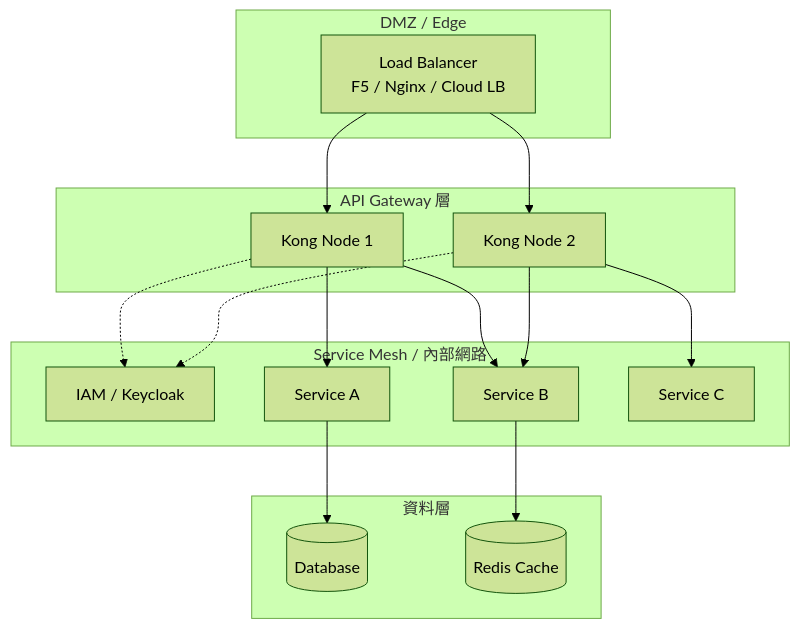
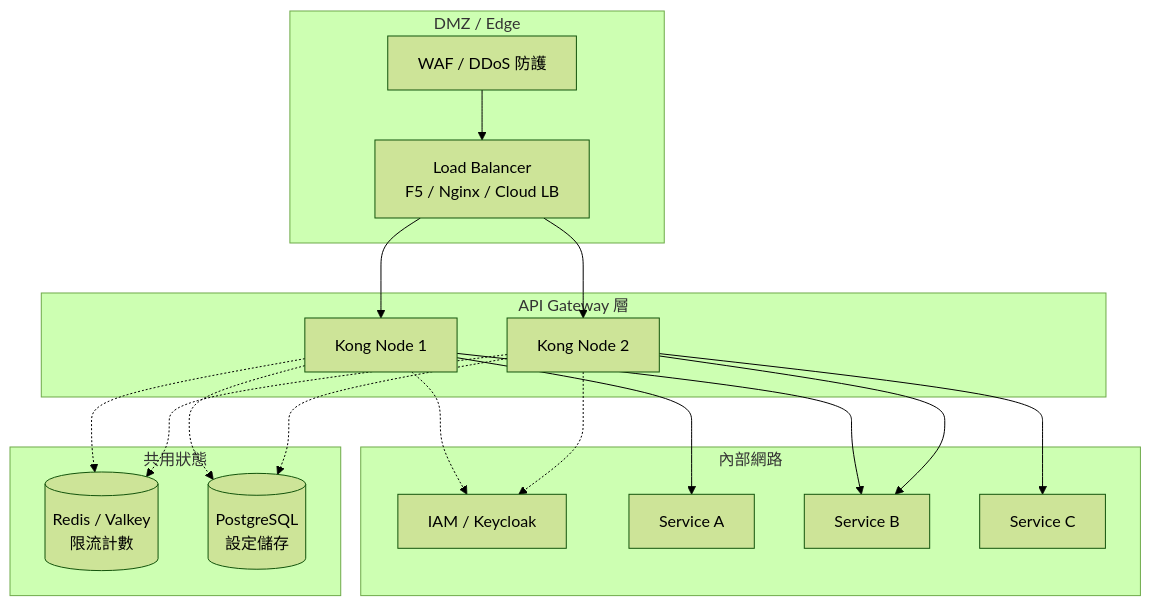
Before and after one commit to chihhung/Blog: the second of 22 diagrams in content/posts/教學/工具/Kong API Gateway教學手冊.md, drawn with Mermaid (forest theme). The commit also changed other lines of this file and 10 other files, not shown here.

````diff
--- a/content/posts/教學/工具/Kong API Gateway教學手冊.md
+++ b/content/posts/教學/工具/Kong API Gateway教學手冊.md
@@ -155,34 +332,38 @@
 ```mermaid
 graph TB
     subgraph "DMZ / Edge"
+        WAF[WAF / DDoS 防護]
         LB[Load Balancer<br/>F5 / Nginx / Cloud LB]
     end
-    
+
     subgraph "API Gateway 層"
         Kong1[Kong Node 1]
         Kong2[Kong Node 2]
     end
-    
-    subgraph "Service Mesh / 內部網路"
+
+    subgraph "內部網路"
         Auth[IAM / Keycloak]
         SVC1[Service A]
         SVC2[Service B]
         SVC3[Service C]
     end
-    
-    subgraph "資料層"
-        DB[(Database)]
-        Cache[(Redis Cache)]
+
+    subgraph "共用狀態"
+        Redis[(Redis / Valkey<br/>限流計數)]
+        PG[(PostgreSQL<br/>設定儲存)]
     end
-    
+
+    WAF --> LB
     LB --> Kong1
     LB --> Kong2
     Kong1 --> SVC1
     Kong1 --> SVC2
     Kong2 --> SVC2
     Kong2 --> SVC3
     Kong1 -.-> Auth
     Kong2 -.-> Auth
-    SVC1 --> DB
-    SVC2 --> Cache
+    Kong1 -.-> Redis
+    Kong2 -.-> Redis
+    Kong1 -.-> PG
+    Kong2 -.-> PG
 ```
````
